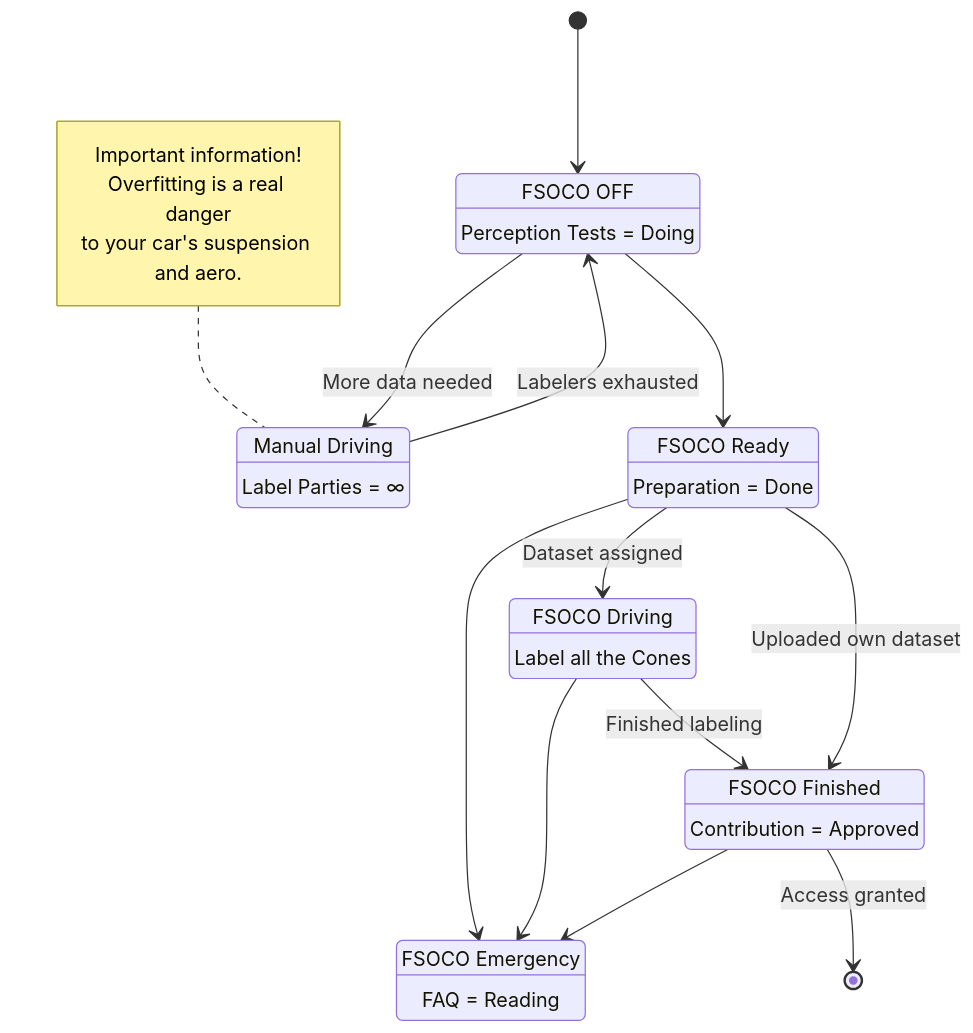
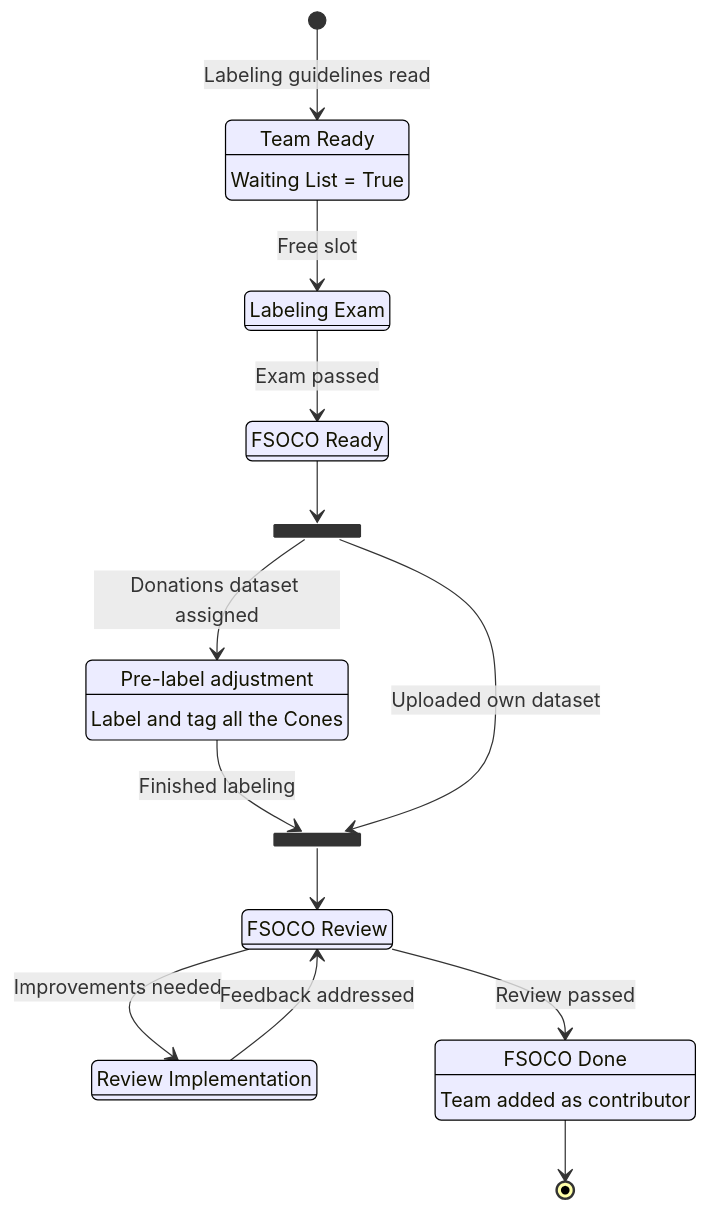
One commit to mfloto/fsoco-dataset changed the diagram in docs/pages/how_to_contribute.md. Above: the diagram before and after it, drawn with Mermaid. The commit also changed other lines of this file and 1 other file, not shown here.

Commit message:
Switch to pre-rendered state diagram and adjust process

```diff
--- a/docs/pages/how_to_contribute.md
+++ b/docs/pages/how_to_contribute.md
@@ -75,27 +78,28 @@
 <div class="mermaid">
+%%{init: {"theme": "default", "themeVariables": { "primaryColor": "#ffff00", "nodeBorder": "#000000", "background": "black", "mainBkg": "#ffffaa" }}}%%
 stateDiagram
+  state fork_state <<fork>>
+  state join_state <<join>>
+    state "Team Ready" as s0: Waiting List = True
+    state "Labeling Exam" as s1: 
+    state "FSOCO Ready" as s2:
+    state "Pre-label adjustment" as s3: Label and tag all the Cones
+    state "Review Implementation" as s4:
+    state "FSOCO Review" as s5:
+    state "FSOCO Done" as s6: Team added as contributor
     
-    state "FSOCO OFF" as s0: Perception Tests = Doing
-    state "Manual Driving" as s1:  Label Parties = ∞ 
-    state "FSOCO Ready" as s2: Preparation = Done
-    state "FSOCO Driving" as s3: Label all the Cones
-    state "FSOCO Emergency" as s4: FAQ = Reading
-    state "FSOCO Finished" as s5: Contribution = Approved
     
-    note left of s1
-            Important information!
-            Overfitting is a real danger
-            to your car's suspension and aero. 
-    end note
-    [*] --> s0
-    s0 --> s1: More data needed
-    s1 --> s0: Labelers exhausted
-    s0 --> s2
-    s2 --> s4
-    s2 --> s3: Dataset assigned
-    s3 --> s4
-    s3 --> s5: Finished labeling
-    s2 --> s5: Uploaded own dataset
-    s5 --> [*]: Access granted
-    s5 --> s4
+
+    [*] --> s0: Labeling guidelines read
+    s0 --> s1: Free slot
+    s1 --> s2: Exam passed
+    s2 --> fork_state
+    fork_state --> s3: Donations dataset assigned
+    s3 --> join_state: Finished labeling
+    fork_state --> join_state: Uploaded own dataset
+    join_state --> s5
+    s5 --> s6: Review passed
+    s5 --> s4: Improvements needed
+    s4 --> s5: Feedback addressed
+    s6 --> [*]
 </div>
```
